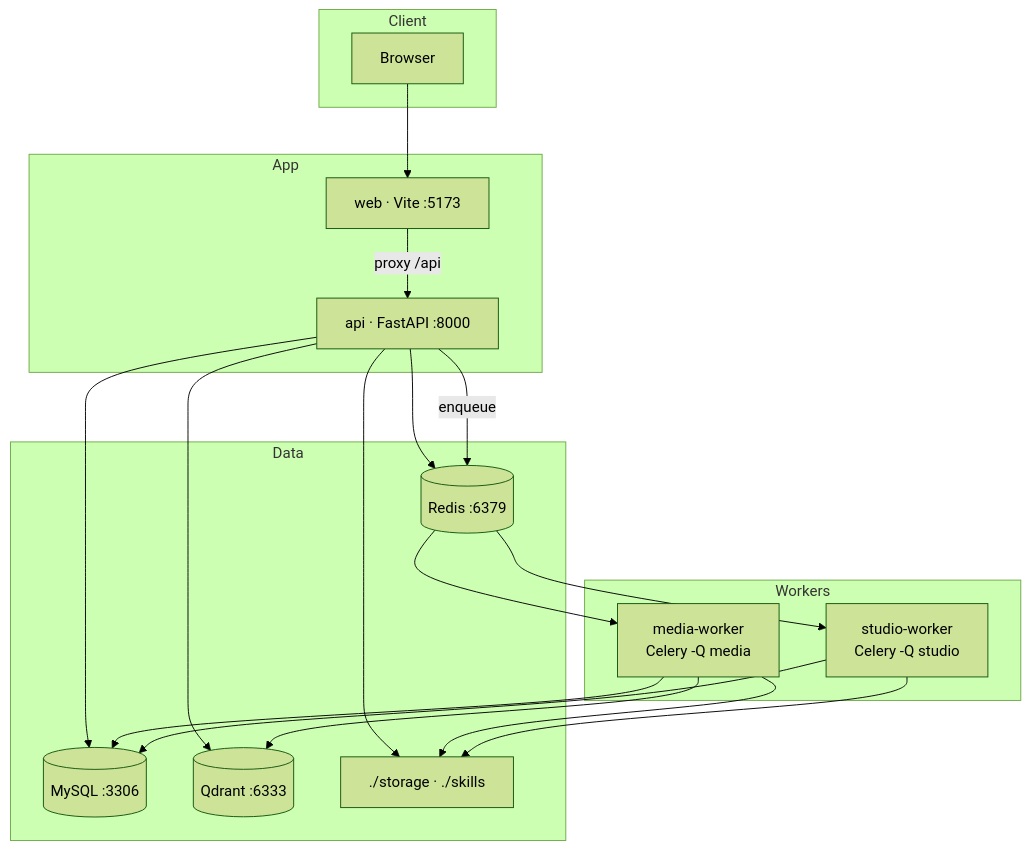
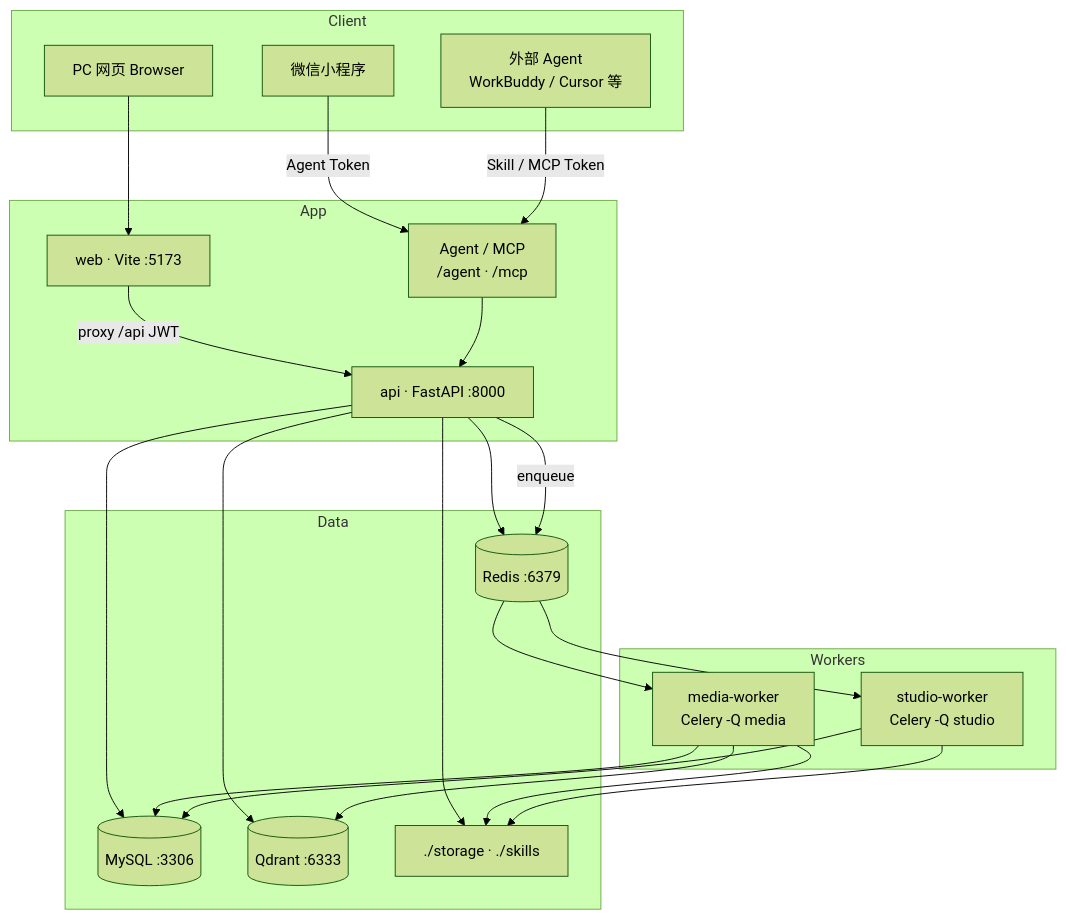
The first of 2 diagrams in docs/architecture.md (CallStorm/video-notebook), drawn with Mermaid (forest theme) before and after one commit. The commit also changed other lines of this file and 4 other files, not shown here.

````diff
--- a/docs/architecture.md
+++ b/docs/architecture.md
@@ -9,38 +9,44 @@
 ```mermaid
 flowchart TB
   subgraph Client
-    Browser[Browser]
+    Browser[PC 网页 Browser]
+    Mini[微信小程序]
+    ExtAgent[外部 Agent<br/>WorkBuddy / Cursor 等]
   end
 
   subgraph App
     Web[web · Vite :5173]
     API[api · FastAPI :8000]
+    AgentFace[Agent / MCP<br/>/agent · /mcp]
   end
 
   subgraph Workers
     MW[media-worker<br/>Celery -Q media]
     SW[studio-worker<br/>Celery -Q studio]
   end
 
   subgraph Data
     MySQL[(MySQL :3306)]
     Redis[(Redis :6379)]
     Qdrant[(Qdrant :6333)]
     FS[./storage · ./skills]
   end
 
   Browser --> Web
-  Web -->|proxy /api| API
+  Web -->|proxy /api JWT| API
+  Mini -->|Agent Token| AgentFace
+  ExtAgent -->|Skill / MCP Token| AgentFace
+  AgentFace --> API
   API --> MySQL
   API --> Redis
   API --> Qdrant
   API --> FS
   API -->|enqueue| Redis
   Redis --> MW
   Redis --> SW
   MW --> MySQL
   MW --> FS
   MW --> Qdrant
   SW --> MySQL
   SW --> FS
 ```
````
